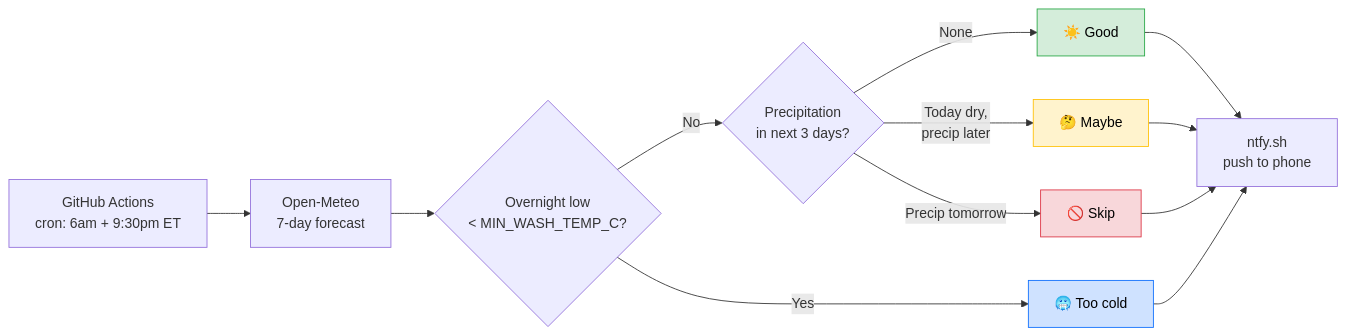
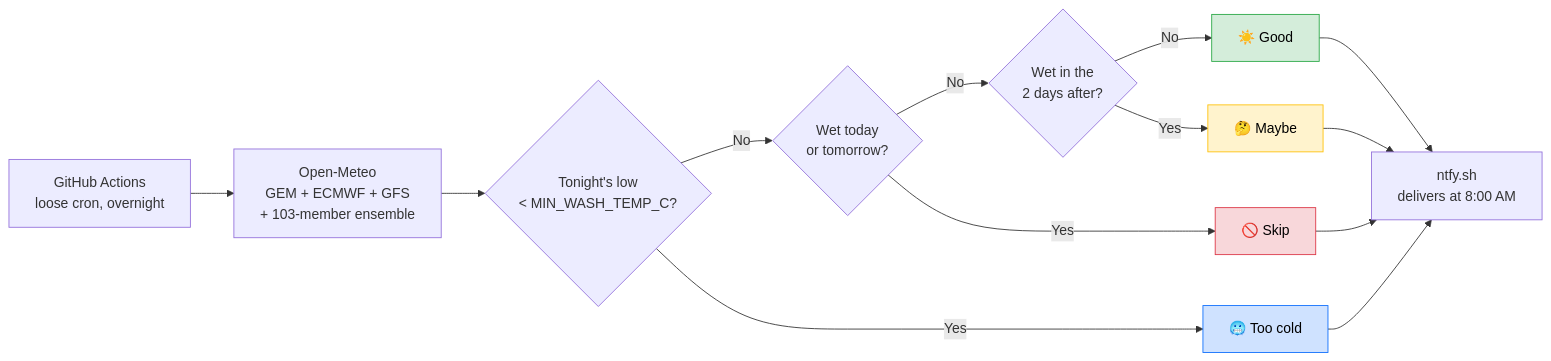
One commit to azilnik/Car-wash-time changed the diagram in README.md. Above: the diagram before and after it, drawn with Mermaid. The commit also changed other lines of this file and 10 other files, not shown here.

````diff
--- a/README.md
+++ b/README.md
@@ -81,19 +79,20 @@
 ```mermaid
 flowchart LR
-    A[GitHub Actions<br/>cron: 6am + 9:30pm ET] --> B[Open-Meteo<br/>7-day forecast]
-    B --> H{Overnight low<br/>< MIN_WASH_TEMP_C?}
+    A[GitHub Actions<br/>loose cron, overnight] --> B[Open-Meteo<br/>GEM + ECMWF + GFS<br/>+ 103-member ensemble]
+    B --> H{Tonight's low<br/>< MIN_WASH_TEMP_C?}
     H -->|Yes| I[🥶 Too cold]
-    H -->|No| C{Precipitation<br/>in next 3 days?}
-    C -->|None| D[☀️ Good]
-    C -->|Today dry,<br/>precip later| E[🤔 Maybe]
-    C -->|Precip tomorrow| F[🚫 Skip]
-    D --> G[ntfy.sh<br/>push to phone]
-    E --> G
+    H -->|No| C{Wet today<br/>or tomorrow?}
+    C -->|Yes| F[🚫 Skip]
+    C -->|No| E{Wet in the<br/>2 days after?}
+    E -->|Yes| M[🤔 Maybe]
+    E -->|No| D[☀️ Good]
+    D --> G[ntfy.sh<br/>delivers at 8:00 AM]
+    M --> G
     F --> G
     I --> G
 
     style D fill:#d4edda,stroke:#28a745,color:#000
-    style E fill:#fff3cd,stroke:#ffc107,color:#000
+    style M fill:#fff3cd,stroke:#ffc107,color:#000
     style F fill:#f8d7da,stroke:#dc3545,color:#000
     style I fill:#cfe2ff,stroke:#0d6efd,color:#000
 ```
````
